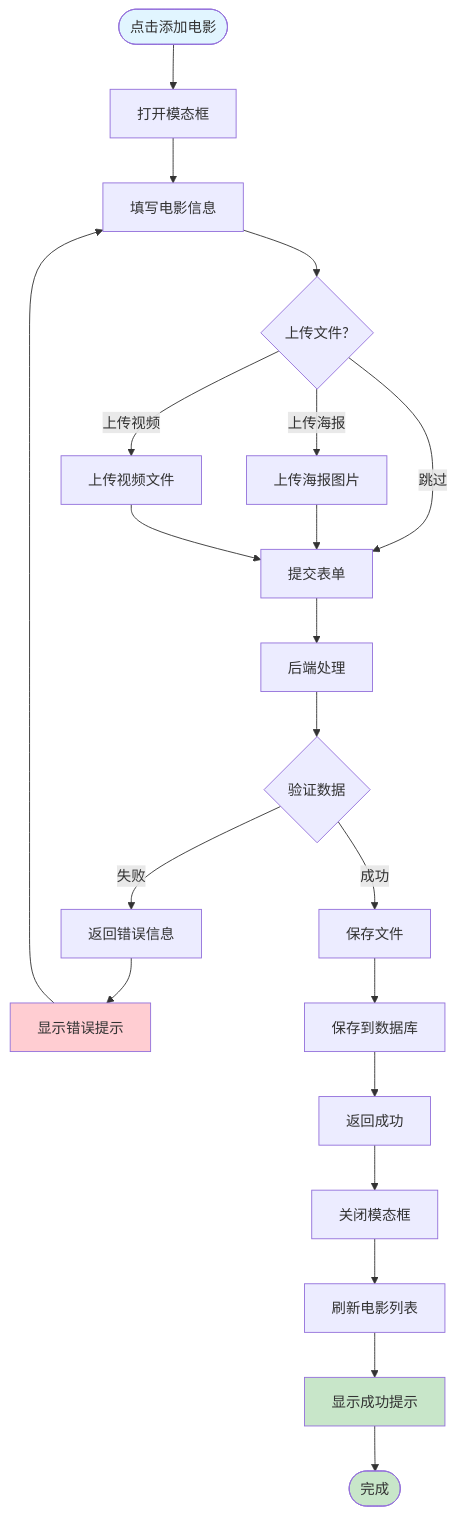
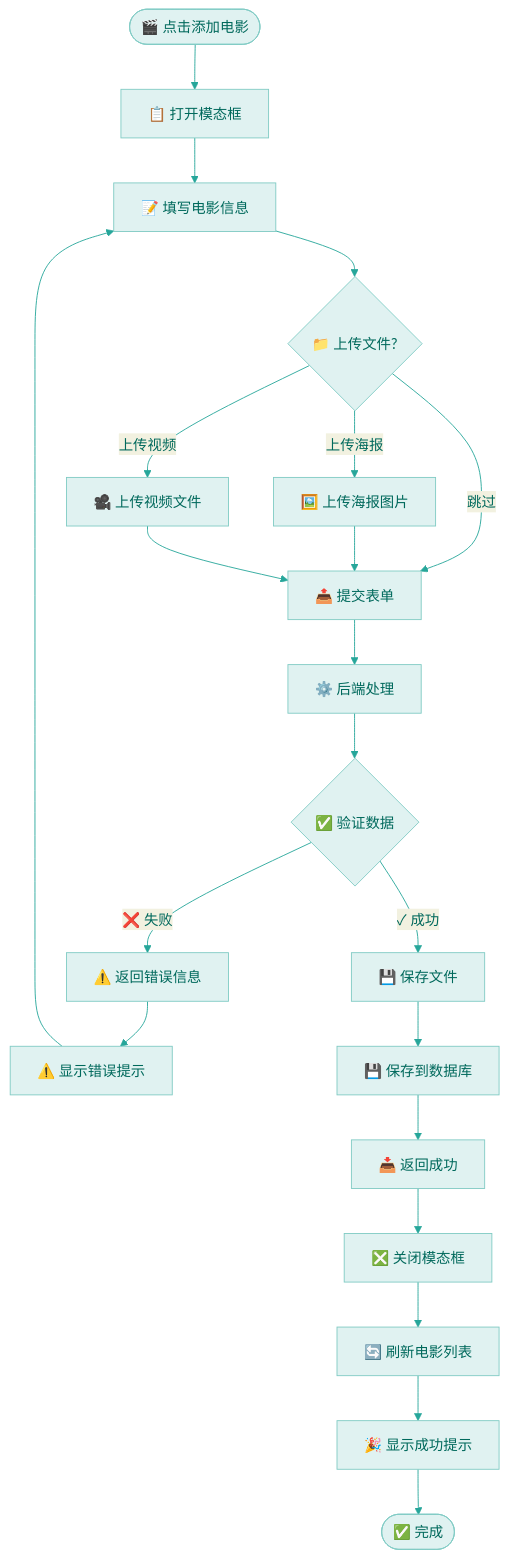
Before and after one commit to keyoshoin/movie-website: diagram 11 of 18 in docs/架构设计.md, drawn with Mermaid. The commit also changed other lines of this file, not shown here.

````diff
--- a/docs/架构设计.md
+++ b/docs/架构设计.md
@@ -483,33 +422,29 @@
 ```mermaid
+%%{init: {'theme': 'base', 'themeVariables': { 'primaryColor': '#e0f2f1', 'primaryTextColor': '#00695c', 'primaryBorderColor': '#80cbc4', 'lineColor': '#26a69a'}}}%%
 flowchart TD
-    Start([点击添加电影]) --> Modal[打开模态框]
-    Modal --> FillInfo[填写电影信息]
-    FillInfo --> Upload{上传文件?}
+    Start(["🎬 点击添加电影"]) --> Modal["📋 打开模态框"]
+    Modal --> FillInfo["📝 填写电影信息"]
+    FillInfo --> Upload{"📁 上传文件?"}
     
-    Upload -->|上传海报| UploadPoster[上传海报图片]
-    Upload -->|上传视频| UploadVideo[上传视频文件]
-    Upload -->|跳过| Submit
+    Upload -->|"上传海报"| UploadPoster["🖼️ 上传海报图片"]
+    Upload -->|"上传视频"| UploadVideo["🎥 上传视频文件"]
+    Upload -->|"跳过"| Submit
     
-    UploadPoster --> Submit[提交表单]
+    UploadPoster --> Submit["📤 提交表单"]
     UploadVideo --> Submit
     
-    Submit --> Backend[后端处理]
-    Backend --> ValidateData{验证数据}
+    Submit --> Backend["⚙️ 后端处理"]
+    Backend --> ValidateData{"✅ 验证数据"}
     
-    ValidateData -->|失败| Error[返回错误信息]
-    Error --> ShowError[显示错误提示]
+    ValidateData -->|"❌ 失败"| Error["⚠️ 返回错误信息"]
+    Error --> ShowError["⚠️ 显示错误提示"]
     ShowError --> FillInfo
     
-    ValidateData -->|成功| SaveFile[保存文件]
-    SaveFile --> SaveDB[保存到数据库]
-    SaveDB --> Response[返回成功]
-    Response --> CloseModal[关闭模态框]
-    CloseModal --> RefreshList[刷新电影列表]
-    RefreshList --> ShowSuccess[显示成功提示]
-    ShowSuccess --> End([完成])
-    
-    style Start fill:#e1f5ff
-    style End fill:#c8e6c9
-    style ShowError fill:#ffcdd2
-    style ShowSuccess fill:#c8e6c9
+    ValidateData -->|"✓ 成功"| SaveFile["💾 保存文件"]
+    SaveFile --> SaveDB["💾 保存到数据库"]
+    SaveDB --> Response["📥 返回成功"]
+    Response --> CloseModal["❎ 关闭模态框"]
+    CloseModal --> RefreshList["🔄 刷新电影列表"]
+    RefreshList --> ShowSuccess["🎉 显示成功提示"]
+    ShowSuccess --> End(["✅ 完成"])
 ```
````
